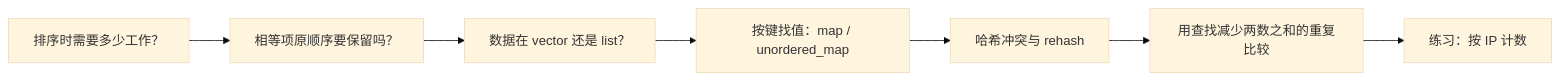
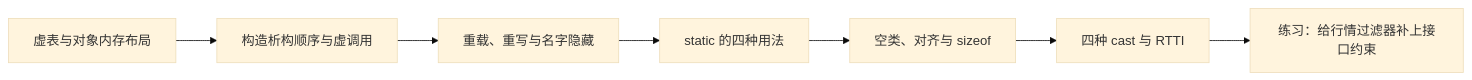
Before and after one commit to yjwyyds1/Summary_of_Notes: the diagram in 八股/学习/学习导航/2026-10-22-学习导航.md, drawn with Mermaid (base theme). The commit also changed other lines of this file and 172 other files, not shown here.

````diff
--- a/八股/学习/学习导航/2026-10-22-学习导航.md
+++ b/八股/学习/学习导航/2026-10-22-学习导航.md
@@ -23,9 +18,9 @@
 ```mermaid
 flowchart LR
-    A["排序时需要多少工作？"] --> B["相等项原顺序要保留吗？"]
-    B --> C["数据在 vector 还是 list？"]
-    C --> D["按键找值：map / unordered_map"]
-    D --> E["哈希冲突与 rehash"]
-    E --> F["用查找减少两数之和的重复比较"]
-    F --> G["练习：按 IP 计数"]
+  A["虚表与对象内存布局"] --> B["构造析构顺序与虚调用"]
+  B --> C["重载、重写与名字隐藏"]
+  C --> D["static 的四种用法"]
+  D --> E["空类、对齐与 sizeof"]
+  E --> F["四种 cast 与 RTTI"]
+  F --> G["练习：给行情过滤器补上接口约束"]
 ```
````
